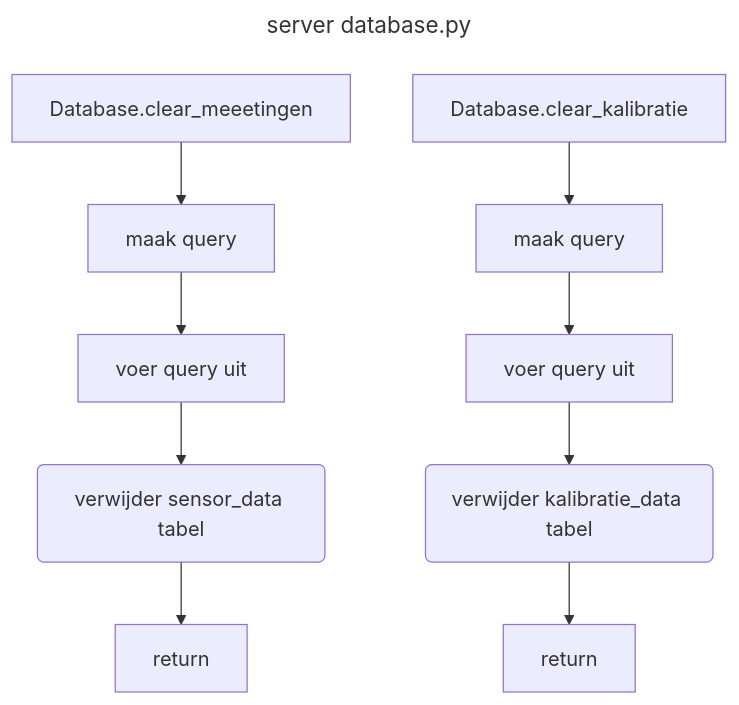
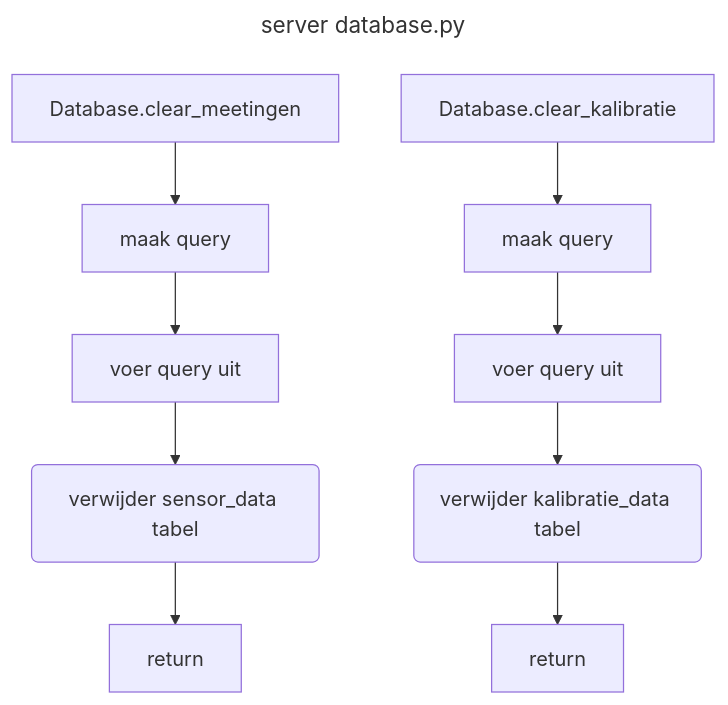
Before and after one commit to quintenVLOT/eindproject: diagram 12 of 16 in readme.md, drawn with Mermaid. The commit also changed other lines of this file, not shown here.

````diff
--- a/readme.md
+++ b/readme.md
@@ -264,9 +264,9 @@
 ```mermaid
 ---
 title: server database.py
 ---
 flowchart TD
-    A[Database.clear_meeetingen] --> B[maak query] --> C[voer query uit] --> D(verwijder sensor_data tabel) --> E[return]
+    A[Database.clear_meetingen] --> B[maak query] --> C[voer query uit] --> D(verwijder sensor_data tabel) --> E[return]
 
     F[Database.clear_kalibratie] --> G[maak query] --> H[voer query uit] --> I(verwijder kalibratie_data tabel) --> J[return]
 ```
````
